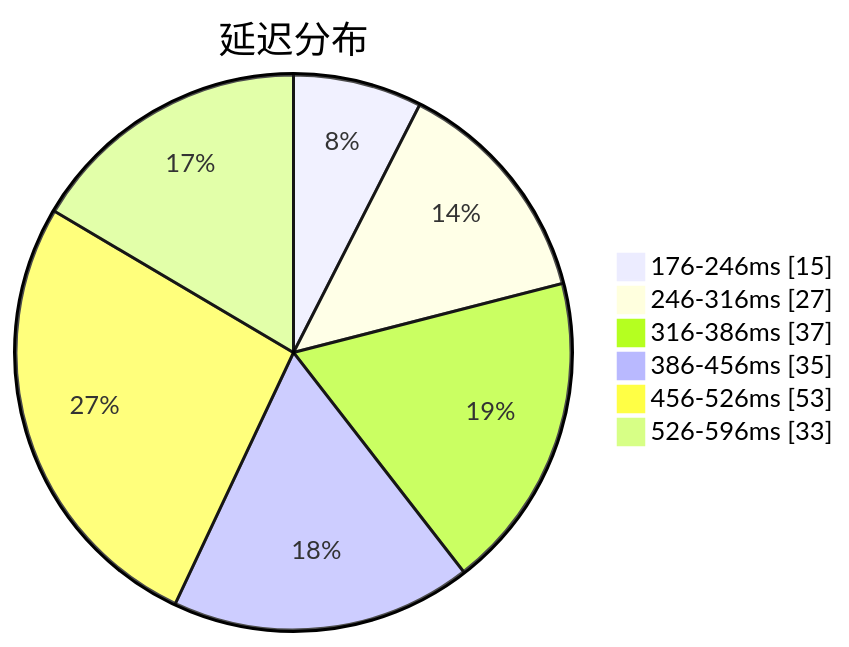
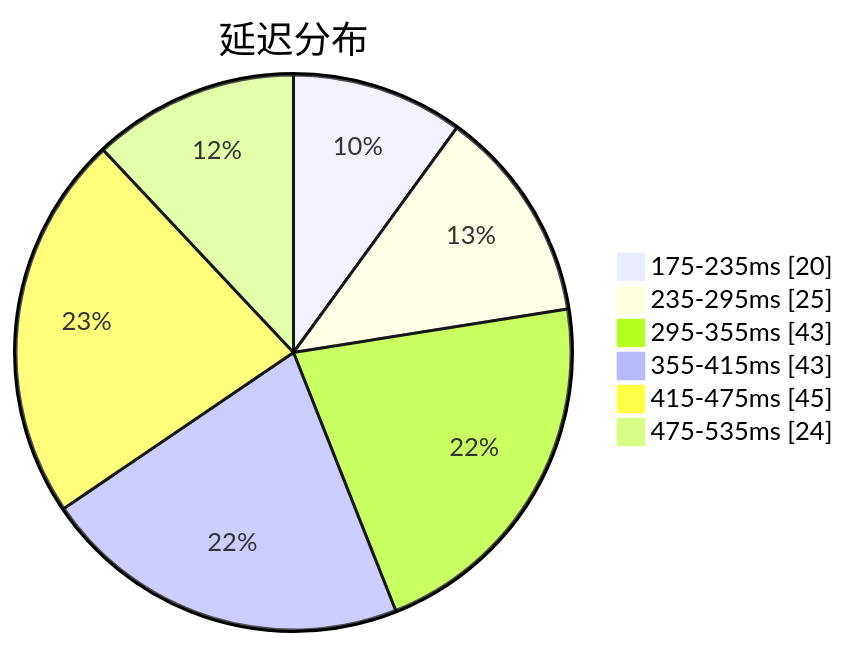
Before and after one commit to qjlxg/airport: the first of 3 diagrams in subs/statistics/tested_within.md, drawn with Mermaid. The commit also changed other lines of this file and 2 other files, not shown here.

````diff
--- a/subs/statistics/tested_within.md
+++ b/subs/statistics/tested_within.md
@@ -2,10 +2,10 @@
 ```mermaid
 pie showData
 title 延迟分布
-"176-246ms" : 15
-"246-316ms" : 27
-"316-386ms" : 37
-"386-456ms" : 35
-"456-526ms" : 53
-"526-596ms" : 33
+"175-235ms" : 20
+"235-295ms" : 25
+"295-355ms" : 43
+"355-415ms" : 43
+"415-475ms" : 45
+"475-535ms" : 24
 ```
````
